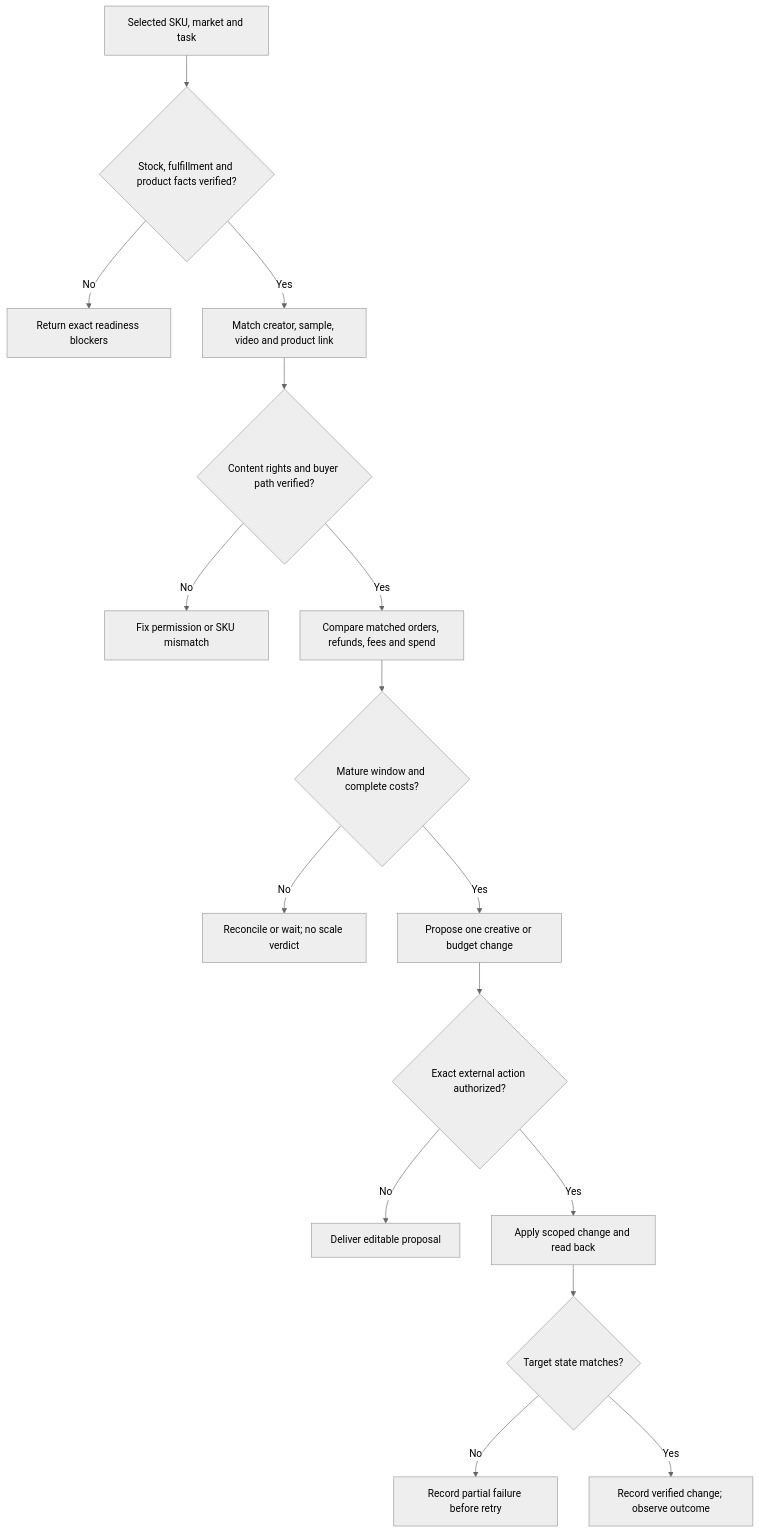
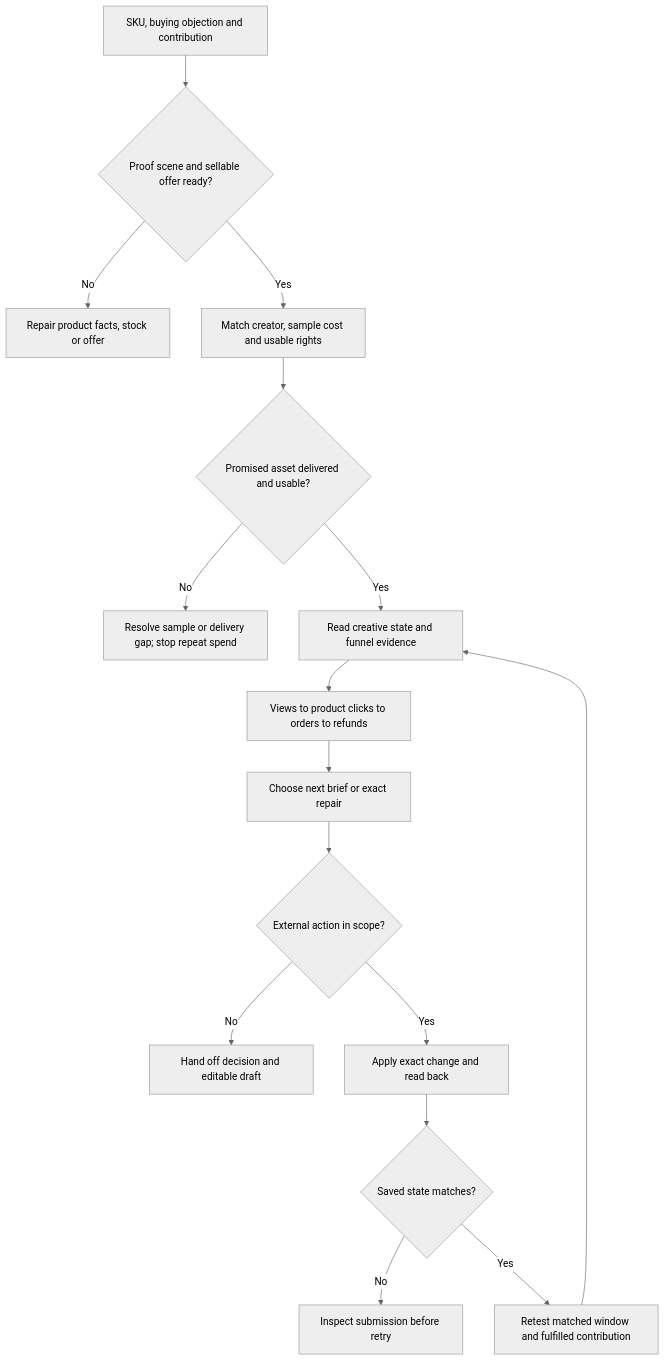
Before and after one commit to meowdoone/jingqiu-operator-skills: the diagram in skills/tiktok-shop-operations/SKILL.md, drawn with Mermaid (neutral theme). The commit also changed other lines of this file and 5 other files, not shown here.

````diff
--- a/skills/tiktok-shop-operations/SKILL.md
+++ b/skills/tiktok-shop-operations/SKILL.md
@@ -23,18 +23,18 @@
 ```mermaid
 flowchart TD
-  A[Selected SKU, market and task] --> B{Stock, fulfillment and product facts verified?}
-  B -- No --> C[Return exact readiness blockers]
-  B -- Yes --> D[Match creator, sample, video and product link]
-  D --> E{Content rights and buyer path verified?}
-  E -- No --> F[Fix permission or SKU mismatch]
-  E -- Yes --> G[Compare matched orders, refunds, fees and spend]
-  G --> H{Mature window and complete costs?}
-  H -- No --> I[Reconcile or wait; no scale verdict]
-  H -- Yes --> J[Propose one creative or budget change]
-  J --> K{Exact external action authorized?}
-  K -- No --> L[Deliver editable proposal]
-  K -- Yes --> M[Apply scoped change and read back]
-  M --> N{Target state matches?}
-  N -- No --> O[Record partial failure before retry]
-  N -- Yes --> P[Record verified change; observe outcome]
+  A[SKU, buying objection and contribution] --> B{Proof scene and sellable offer ready?}
+  B -- No --> C[Repair product facts, stock or offer]
+  B -- Yes --> D[Match creator, sample cost and usable rights]
+  D --> E{Promised asset delivered and usable?}
+  E -- No --> F[Resolve sample or delivery gap; stop repeat spend]
+  E -- Yes --> G[Read creative state and funnel evidence]
+  G --> H[Views to product clicks to orders to refunds]
+  H --> I[Choose next brief or exact repair]
+  I --> J{External action in scope?}
+  J -- No --> K[Hand off decision and editable draft]
+  J -- Yes --> L[Apply exact change and read back]
+  L --> M{Saved state matches?}
+  M -- No --> N[Inspect submission before retry]
+  M -- Yes --> O[Retest matched window and fulfilled contribution]
+  O --> G
 ```
````
